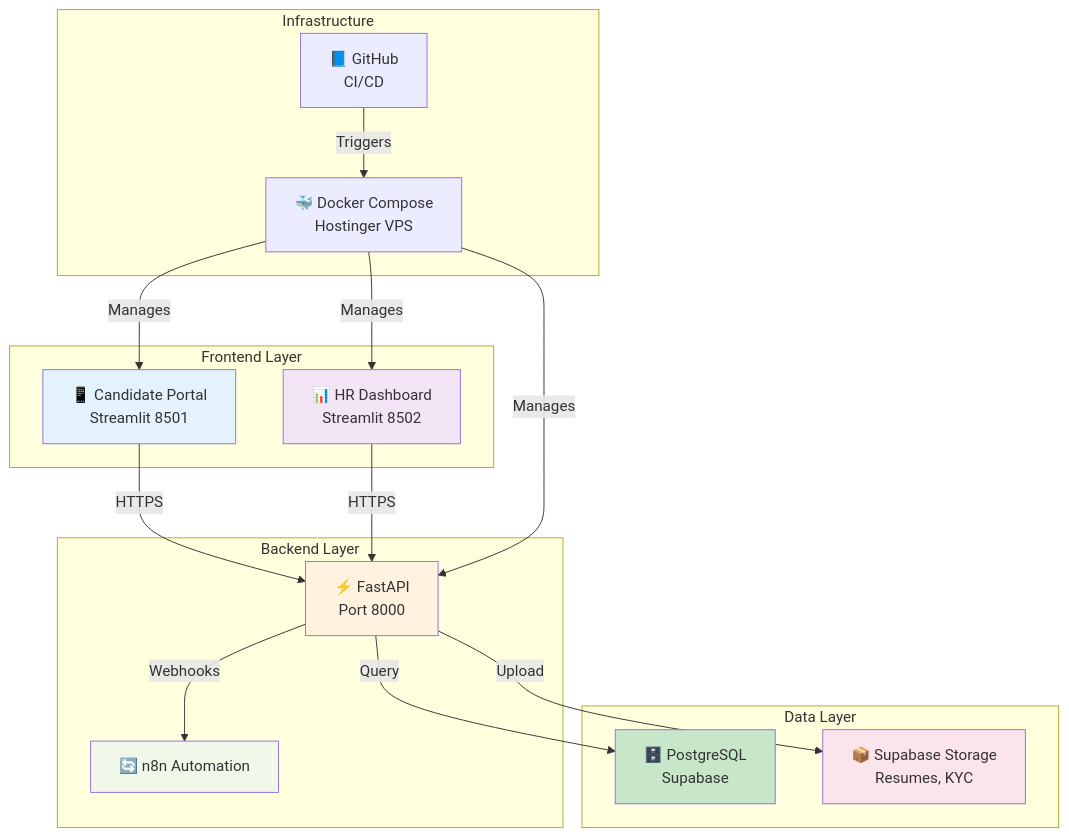
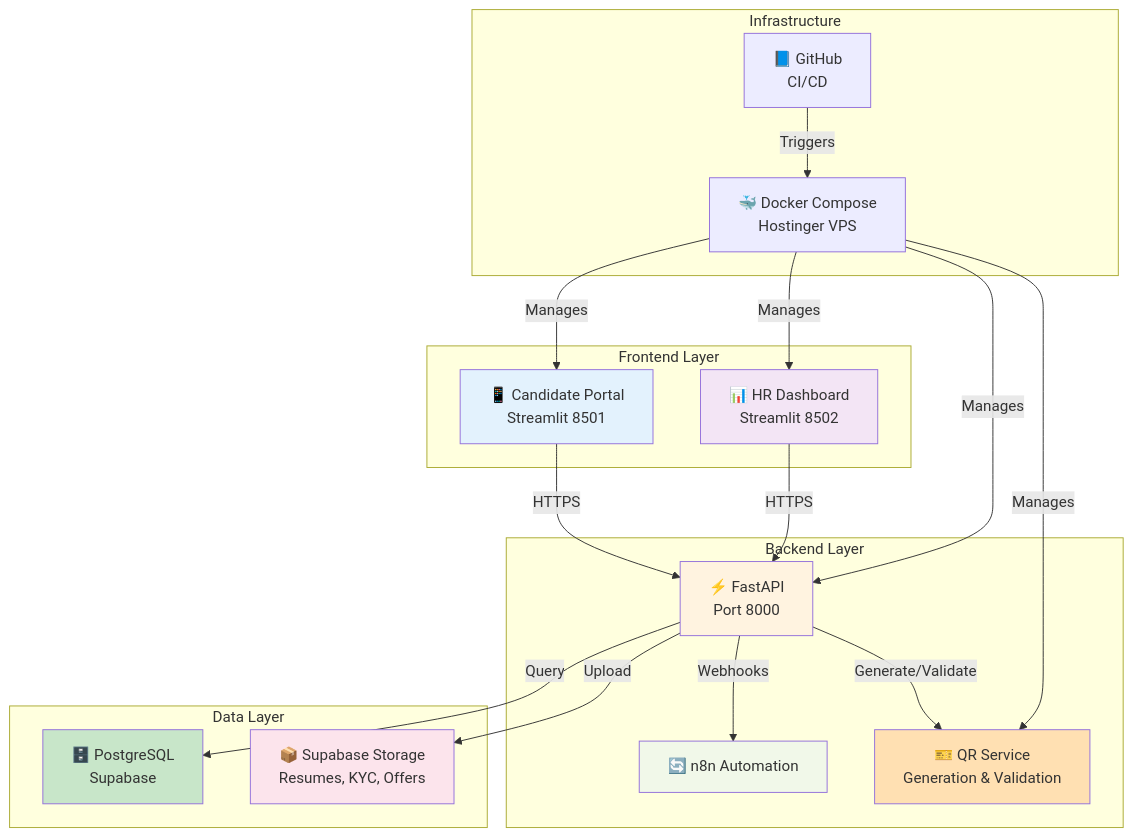
The third of 15 diagrams in HR_Onboarding_Agent.md (md-sahil-analyst22/test), drawn with Mermaid before and after one commit. The commit also changed other lines of this file, not shown here.

````diff
--- a/HR_Onboarding_Agent.md
+++ b/HR_Onboarding_Agent.md
@@ -165,39 +194,43 @@
 ```mermaid
 graph TB
     subgraph "Frontend Layer"
         CP["📱 Candidate Portal<br/>Streamlit 8501"]
         HP["📊 HR Dashboard<br/>Streamlit 8502"]
     end
     
     subgraph "Backend Layer"
         FA["⚡ FastAPI<br/>Port 8000"]
         N8N["🔄 n8n Automation"]
+        QR["🎫 QR Service<br/>Generation & Validation"]
     end
     
     subgraph "Data Layer"
         DB["🗄️ PostgreSQL<br/>Supabase"]
-        BLOB["📦 Supabase Storage<br/>Resumes, KYC"]
+        BLOB["📦 Supabase Storage<br/>Resumes, KYC, Offers"]
     end
     
     subgraph "Infrastructure"
         DOCKER["🐳 Docker Compose<br/>Hostinger VPS"]
         GIT["📘 GitHub<br/>CI/CD"]
     end
     
     CP -->|HTTPS| FA
     HP -->|HTTPS| FA
     FA -->|Query| DB
     FA -->|Upload| BLOB
     FA -->|Webhooks| N8N
+    FA -->|Generate/Validate| QR
     DOCKER -->|Manages| CP
     DOCKER -->|Manages| HP
     DOCKER -->|Manages| FA
+    DOCKER -->|Manages| QR
     GIT -->|Triggers| DOCKER
     
     style CP fill:#e3f2fd
     style HP fill:#f3e5f5
     style FA fill:#fff3e0
+    style QR fill:#ffe0b2
     style DB fill:#c8e6c9
     style BLOB fill:#fce4ec
     style N8N fill:#f1f8e9
 ```
````
